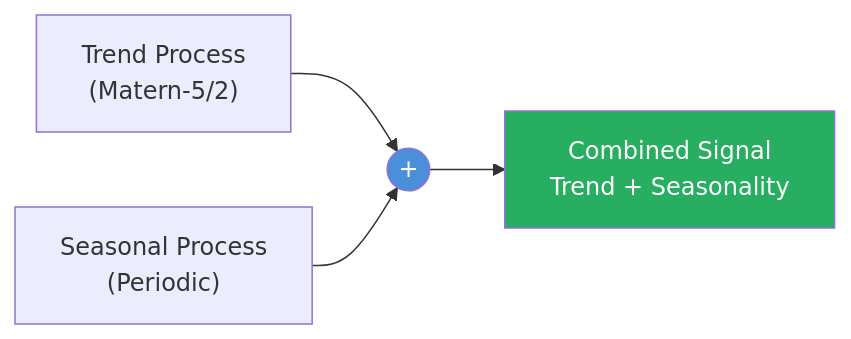
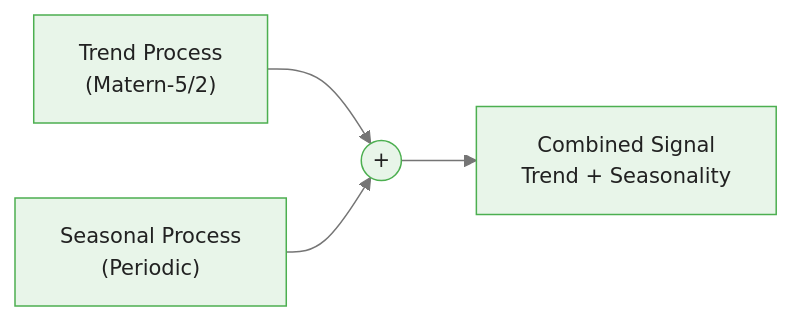
The third of 6 diagrams in courses/bayesian-commodity-forecasting/modules/module_05_gaussian_processes/guides/02_kernel_design_slides.md (m-deane/course-creator), drawn with Mermaid before and after one commit. The commit also changed other lines of this file and 104 other files, not shown here.

````diff
--- a/courses/bayesian-commodity-forecasting/modules/module_05_gaussian_processes/guides/02_kernel_design_slides.md
+++ b/courses/bayesian-commodity-forecasting/modules/module_05_gaussian_processes/guides/02_kernel_design_slides.md
@@ -202,8 +215,7 @@
 ```mermaid
+%%{init: {"theme": "base", "themeVariables": {"primaryColor": "#e8f5e9", "primaryBorderColor": "#4caf50", "primaryTextColor": "#212121", "secondaryColor": "#e3f2fd", "tertiaryColor": "#fff8e1", "lineColor": "#757575", "fontFamily": "Inter, sans-serif", "fontSize": "14px"}}}%%
 flowchart LR
     T["Trend Process\n(Matern-5/2)"] --> PLUS(("+"))
     S["Seasonal Process\n(Periodic)"] --> PLUS
     PLUS --> TOTAL["Combined Signal\nTrend + Seasonality"]
-    style PLUS fill:#4a90d9,color:#fff
-    style TOTAL fill:#27ae60,color:#fff
 ```
````
